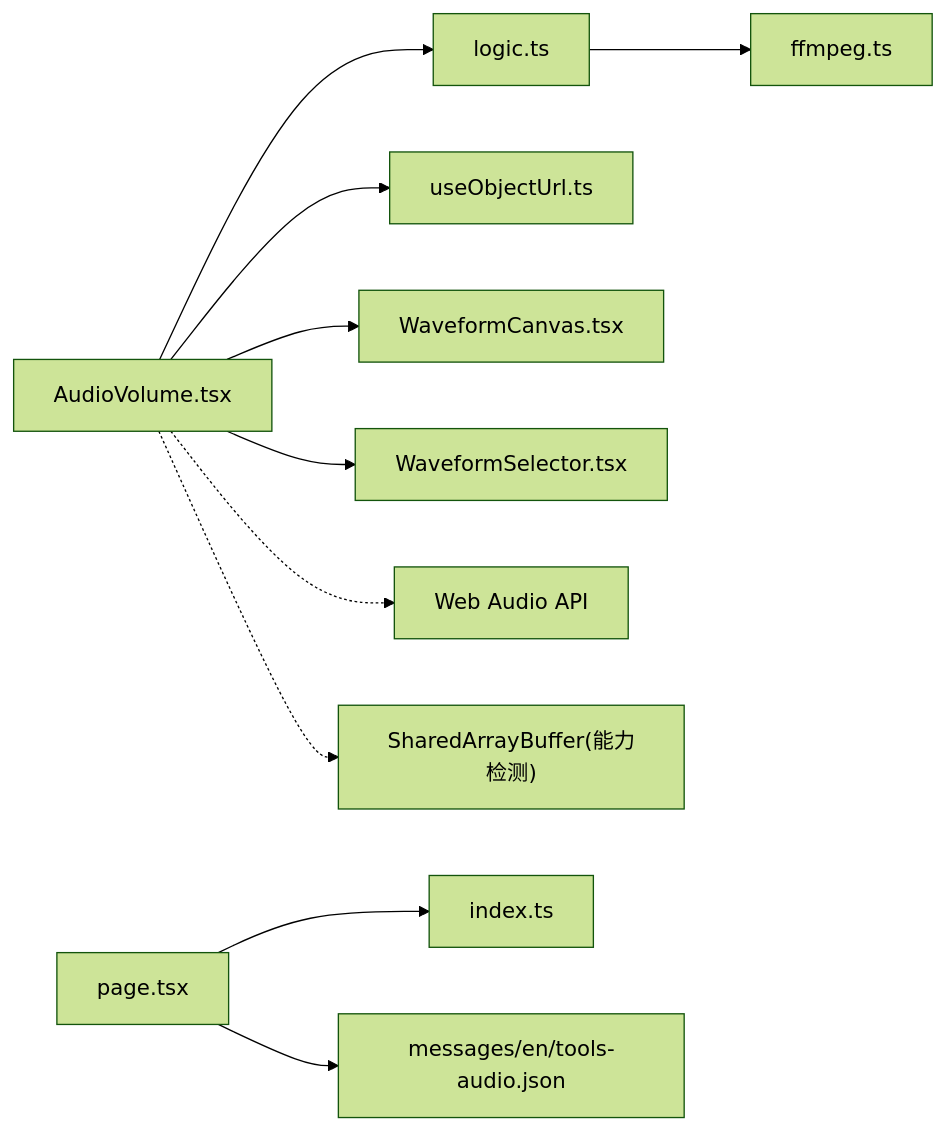
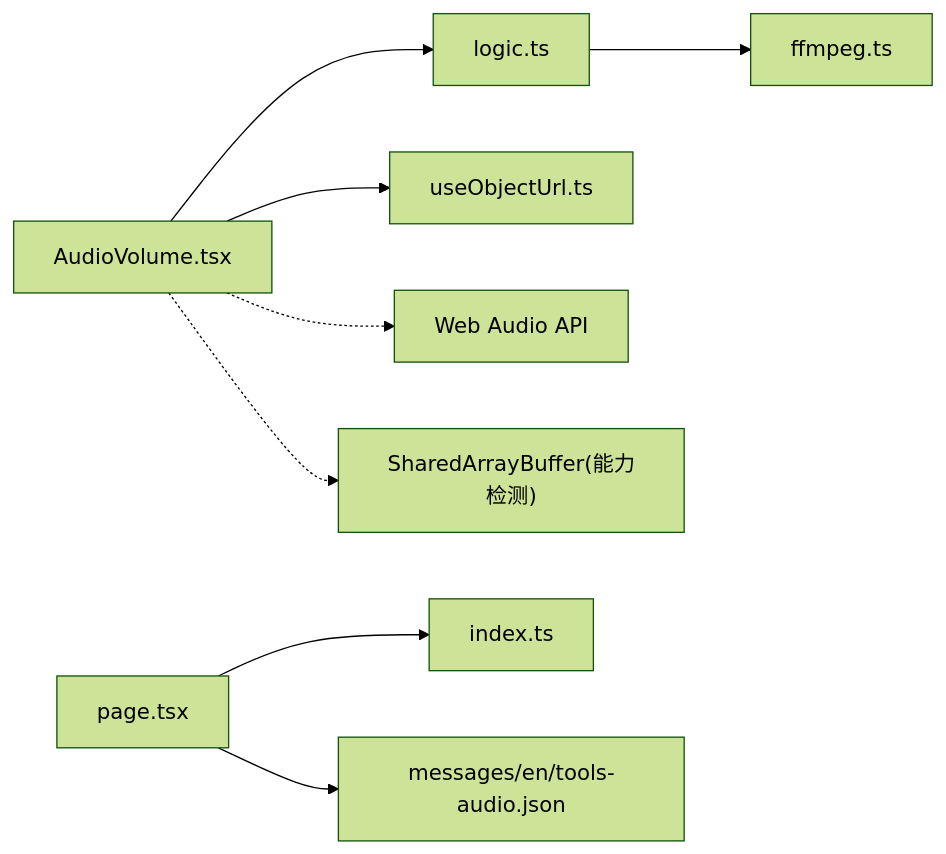
Before and after one commit to sgyy/privadeck: the seventh of 7 diagrams in .qoder/repowiki/zh/content/音频工具/音量调节.md, drawn with Mermaid (forest theme). The commit also changed other lines of this file and 48 other files, not shown here.

````diff
--- a/.qoder/repowiki/zh/content/音频工具/音量调节.md
+++ b/.qoder/repowiki/zh/content/音频工具/音量调节.md
@@ -372,12 +312,10 @@
 ```mermaid
 graph LR
 UI["AudioVolume.tsx"] --> LOGIC["logic.ts"]
 UI --> OBJ["useObjectUrl.ts"]
-UI --> WAVE["WaveformCanvas.tsx"]
-UI --> WAVESEL["WaveformSelector.tsx"]
 LOGIC --> FF["ffmpeg.ts"]
 PAGE["page.tsx"] --> REG["index.ts"]
 PAGE --> I18N["messages/en/tools-audio.json"]
 UI -.-> WEB["Web Audio API"]
 UI -.-> SAB["SharedArrayBuffer(能力检测)"]
 ```
````
